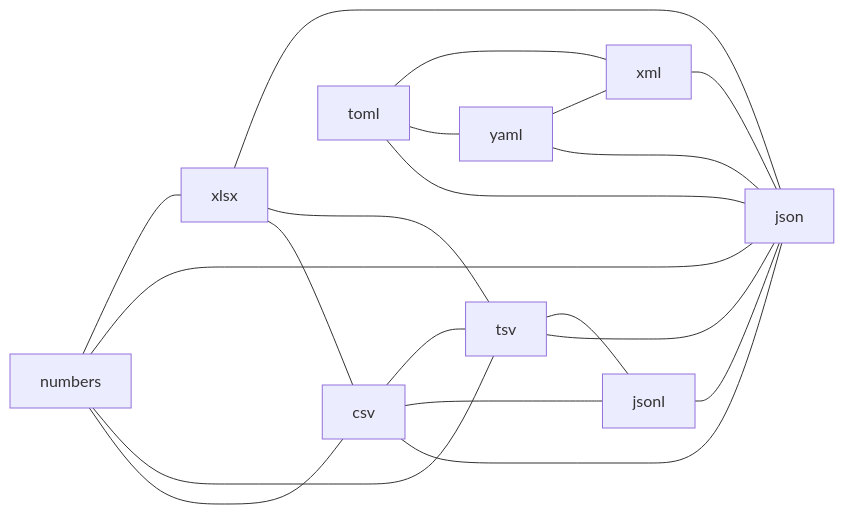
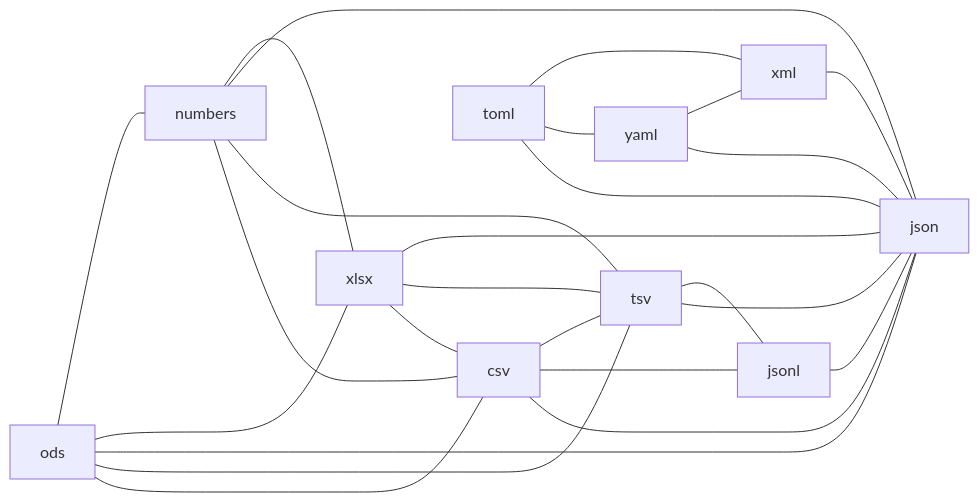
Before and after one commit to Chimi6/Sublime: the first of 4 diagrams in DOCS/FORMATS.md, drawn with Mermaid. The commit also changed other lines of this file and 48 other files, not shown here.

````diff
--- a/DOCS/FORMATS.md
+++ b/DOCS/FORMATS.md
@@ -13,22 +13,27 @@
 ```mermaid
 graph LR
   csv --- json
   toml --- json
   yaml --- json
   xml --- json
   toml --- yaml
   toml --- xml
   yaml --- xml
   tsv --- json
   csv --- jsonl
   tsv --- jsonl
   csv --- tsv
   jsonl --- json
   xlsx --- csv
   xlsx --- tsv
   xlsx --- json
   numbers --- csv
   numbers --- tsv
   numbers --- json
   numbers --- xlsx
+  ods --- csv
+  ods --- tsv
+  ods --- json
+  ods --- xlsx
+  ods --- numbers
 ```
````
